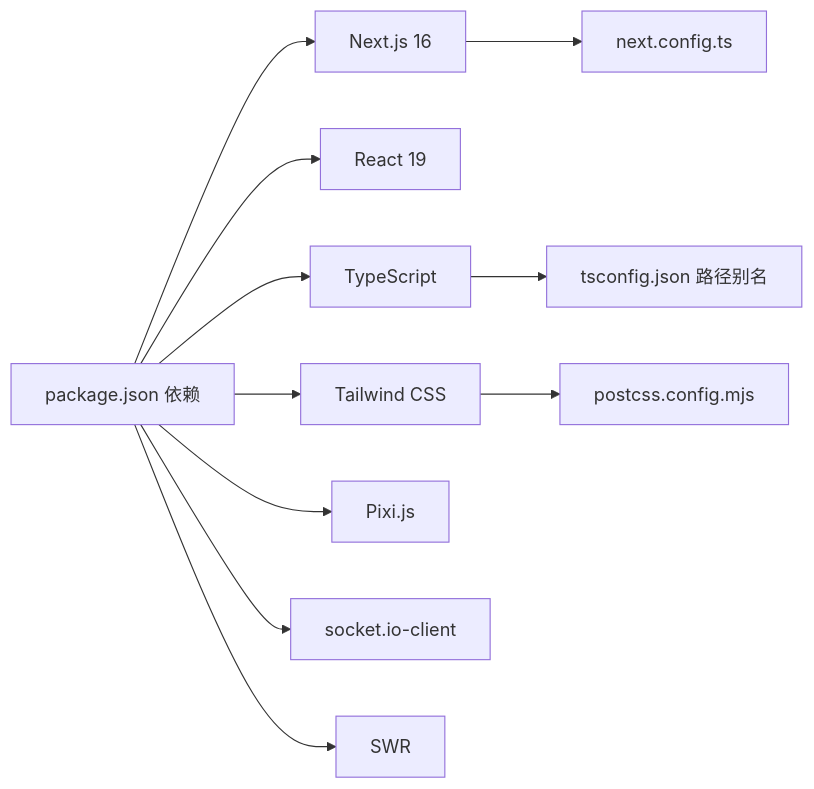
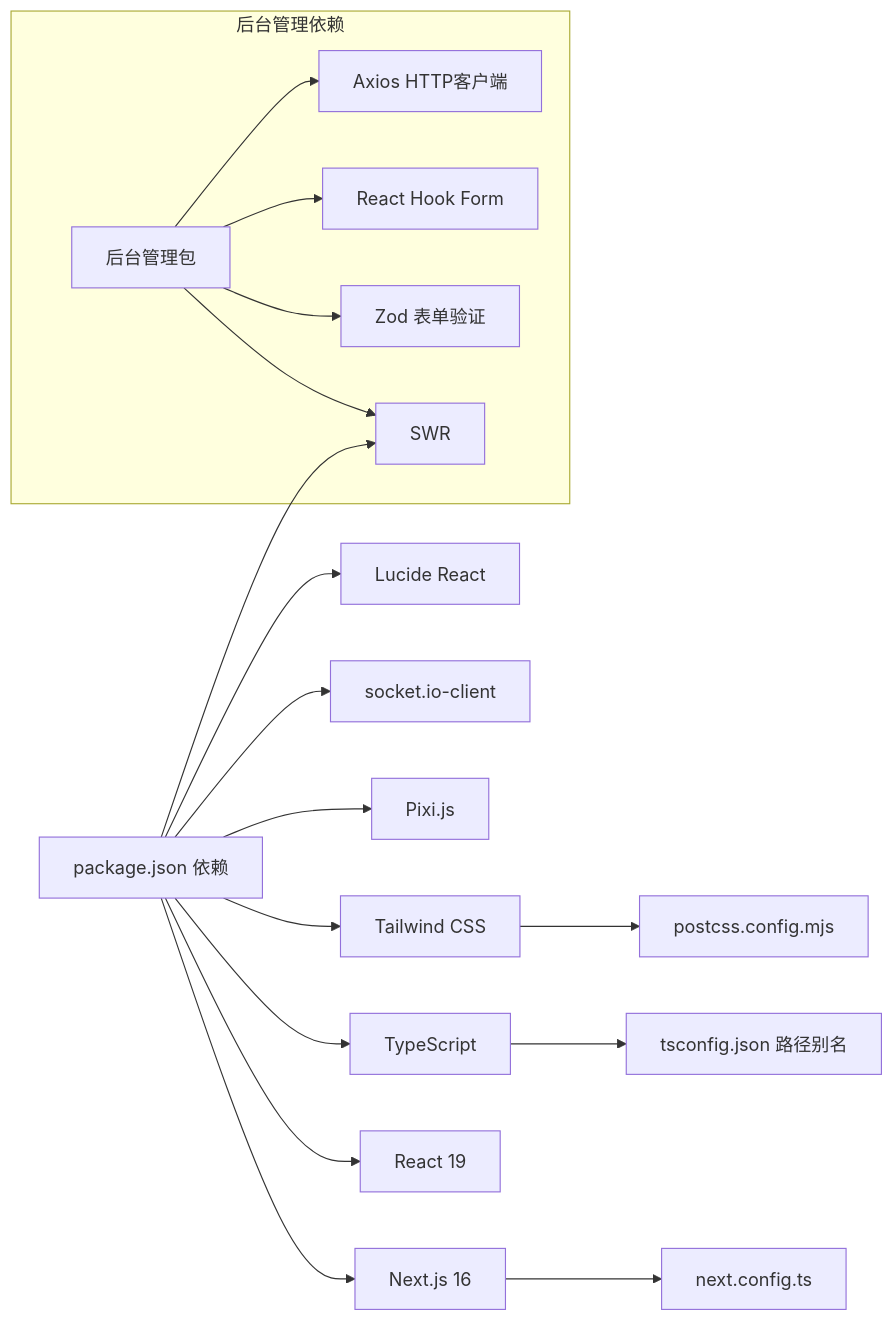
Before and after one commit to KunLabAI/KunFlix: diagram 14 of 14 in .qoder/repowiki/zh/content/前端开发指南/前端开发指南.md, drawn with Mermaid. The commit also changed other lines of this file and 10 other files, not shown here.

````diff
--- a/.qoder/repowiki/zh/content/前端开发指南/前端开发指南.md
+++ b/.qoder/repowiki/zh/content/前端开发指南/前端开发指南.md
@@ -250,13 +562,20 @@
 ```mermaid
 graph LR
 PKG["package.json 依赖"] --> NX["Next.js 16"]
 PKG --> R["React 19"]
 PKG --> TS["TypeScript"]
 PKG --> TW["Tailwind CSS"]
 PKG --> PX["Pixi.js"]
 PKG --> IO["socket.io-client"]
 PKG --> SWR["SWR"]
+PKG --> LUCIDE["Lucide React"]
+subgraph "后台管理依赖"
+ADMINPKG["后台管理包"] --> SWR
+ADMINPKG --> ZOD["Zod 表单验证"]
+ADMINPKG --> HOOKFORM["React Hook Form"]
+ADMINPKG --> AXIOS["Axios HTTP客户端"]
+end
 TS --> TSConf["tsconfig.json 路径别名"]
 NX --> NextConf["next.config.ts"]
 TW --> PostCSS["postcss.config.mjs"]
 ```
````
